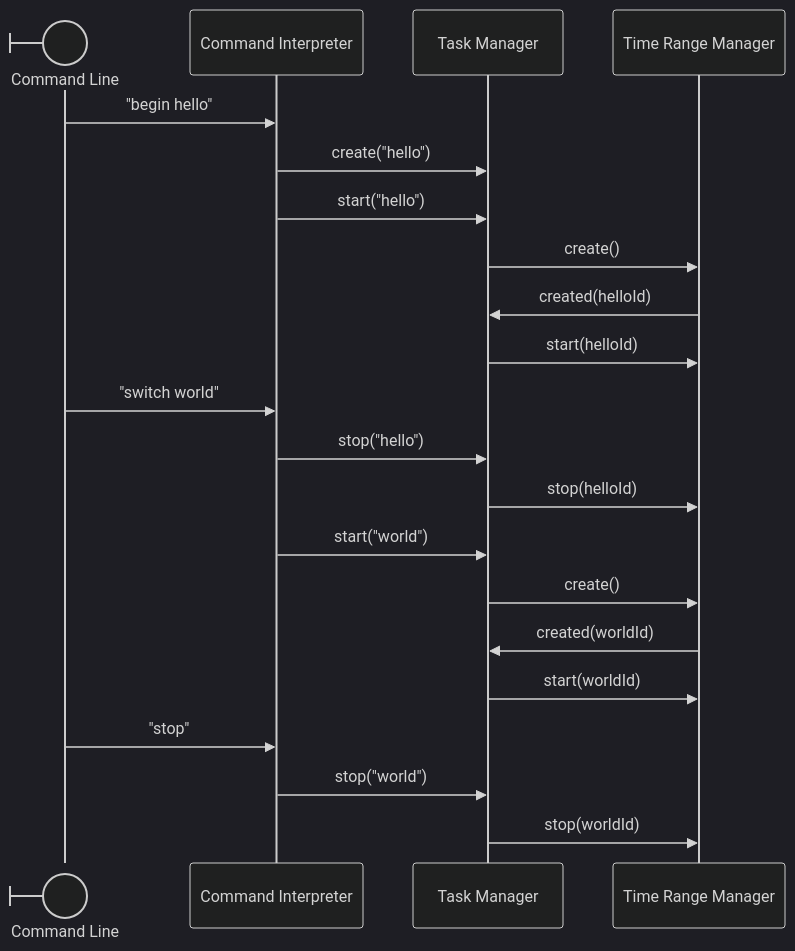
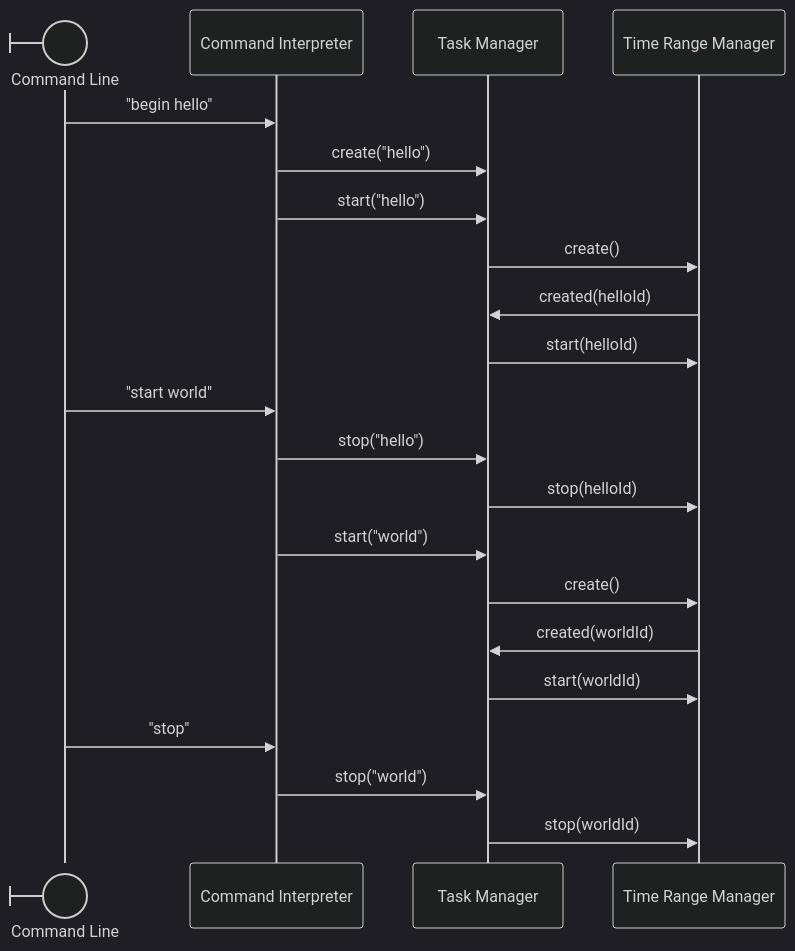
One commit to mehdi-valette/timetracker changed the second of 2 diagrams in README.md. Above: the diagram before and after it, drawn with Mermaid (dark theme). The commit also changed other lines of this file, not shown here.

````diff
--- a/README.md
+++ b/README.md
@@ -88,25 +110,25 @@
 ```mermaid
 sequenceDiagram
 
 participant C@{type: boundary} as Command Line
 participant COMM as Command Interpreter
 participant TASK as Task Manager
 participant TIME as Time Range Manager
 
 C->>COMM: "begin hello"
 COMM->>TASK: create("hello")
 COMM->>TASK: start("hello")
 TASK->>TIME: create()
 TIME->>TASK: created(helloId)
 TASK->>TIME: start(helloId)
-C->>COMM: "switch world"
+C->>COMM: "start world"
 COMM->>TASK: stop("hello")
 TASK->>TIME: stop(helloId)
 COMM->>TASK: start("world")
 TASK->>TIME: create()
 TIME->>TASK: created(worldId)
 TASK->>TIME: start(worldId)
 C->>COMM: "stop"
 COMM->>TASK: stop("world")
 TASK->>TIME: stop(worldId)
 ```
````
